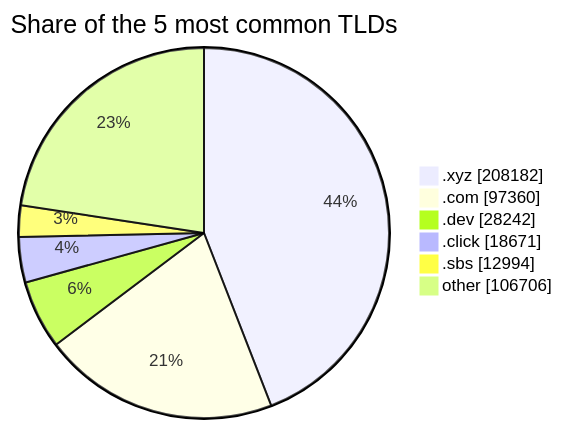
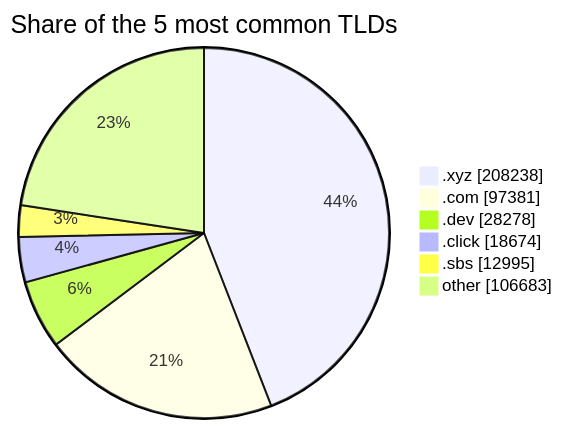
The second of 2 diagrams in README.md (DNSBunker/CTI), drawn with Mermaid before and after one commit. The commit also changed other lines of this file and 3 other files, not shown here.

````diff
--- a/README.md
+++ b/README.md
@@ -72,9 +72,9 @@
 ```mermaid
 pie showData title Share of the 5 most common TLDs
-    ".xyz" : 208182
-    ".com" : 97360
-    ".dev" : 28242
-    ".click" : 18671
-    ".sbs" : 12994
-    "other" : 106706
+    ".xyz" : 208238
+    ".com" : 97381
+    ".dev" : 28278
+    ".click" : 18674
+    ".sbs" : 12995
+    "other" : 106683
 ```
````
